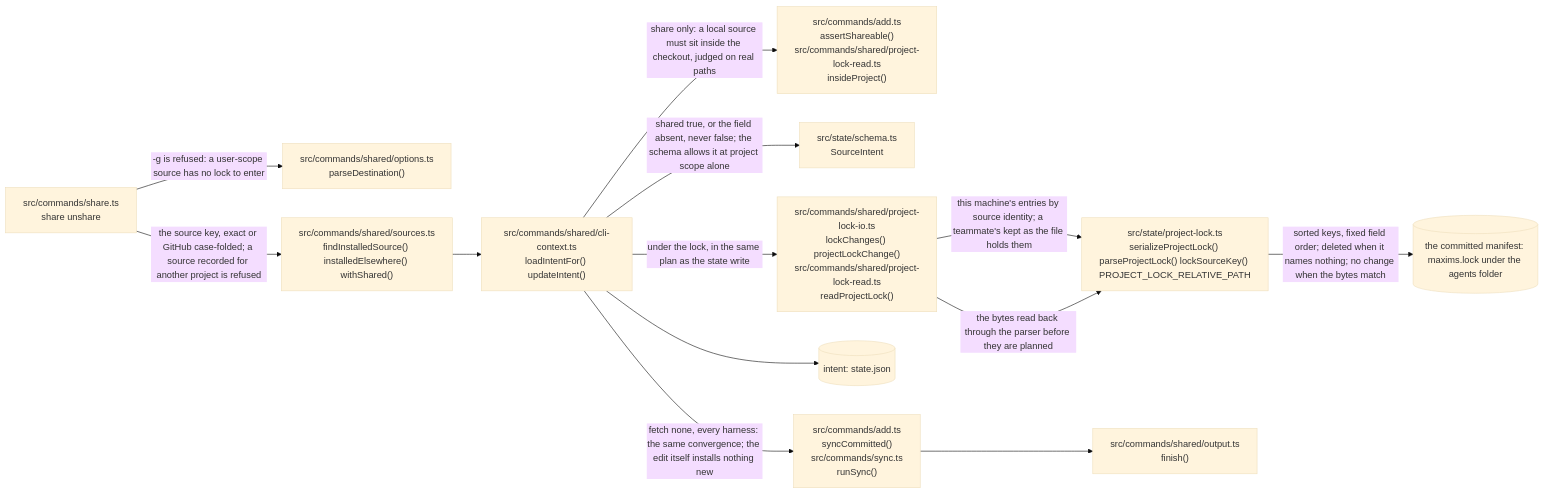
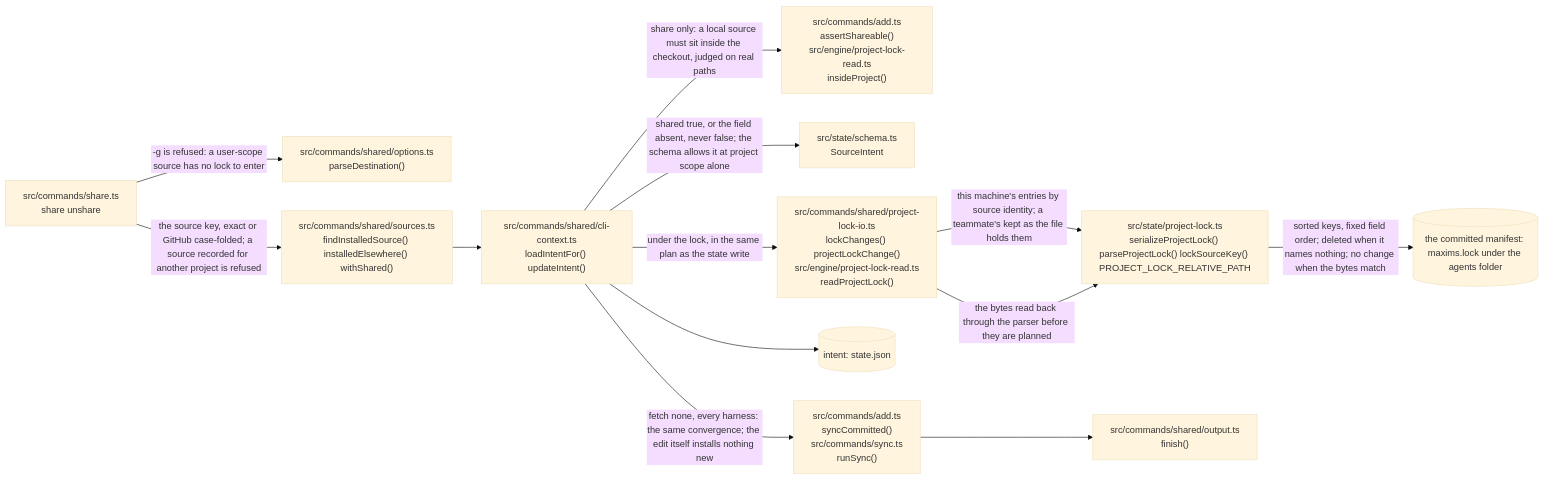
Diagram 13 of 15 in docs/architecture.md (Vivswan/maxims), drawn with Mermaid (base theme) before and after one commit. The commit also changed other lines of this file and 73 other files, not shown here.

Commit message:
refactor(layout): the sync planner's inputs move to src/engine (#152)

````diff
--- a/docs/architecture.md
+++ b/docs/architecture.md
@@ -487,27 +487,27 @@
 ```mermaid
 flowchart LR
   verb["src/commands/share.ts<br>share unshare"]
   options["src/commands/shared/options.ts<br>parseDestination()"]
   find["src/commands/shared/sources.ts<br>findInstalledSource() installedElsewhere() withShared()"]
   intent["src/commands/shared/cli-context.ts<br>loadIntentFor() updateIntent()"]
-  shareable["src/commands/add.ts<br>assertShareable()<br>src/commands/shared/project-lock-read.ts<br>insideProject()"]
+  shareable["src/commands/add.ts<br>assertShareable()<br>src/engine/project-lock-read.ts<br>insideProject()"]
   schema["src/state/schema.ts<br>SourceIntent"]
-  lockio["src/commands/shared/project-lock-io.ts<br>lockChanges() projectLockChange()<br>src/commands/shared/project-lock-read.ts<br>readProjectLock()"]
+  lockio["src/commands/shared/project-lock-io.ts<br>lockChanges() projectLockChange()<br>src/engine/project-lock-read.ts<br>readProjectLock()"]
   plock["src/state/project-lock.ts<br>serializeProjectLock() parseProjectLock() lockSourceKey() PROJECT_LOCK_RELATIVE_PATH"]
   manifest[("the committed manifest: maxims.lock under the agents folder")]
   statefile[("intent: state.json")]
   after["src/commands/add.ts<br>syncCommitted()<br>src/commands/sync.ts<br>runSync()"]
   finish["src/commands/shared/output.ts<br>finish()"]
   verb -->|"-g is refused: a user-scope source has no lock to enter"| options
   verb -->|"the source key, exact or GitHub case-folded; a source recorded for another project is refused"| find
   find --> intent
   intent -->|"share only: a local source must sit inside the checkout, judged on real paths"| shareable
   intent -->|"shared true, or the field absent, never false; the schema allows it at project scope alone"| schema
   intent -->|"under the lock, in the same plan as the state write"| lockio
   lockio -->|"this machine's entries by source identity; a teammate's kept as the file holds them"| plock
   lockio -->|"the bytes read back through the parser before they are planned"| plock
   plock -->|"sorted keys, fixed field order; deleted when it names nothing; no change when the bytes match"| manifest
   intent --> statefile
   intent -->|"fetch none, every harness: the same convergence; the edit itself installs nothing new"| after
   after --> finish
 ```
````
